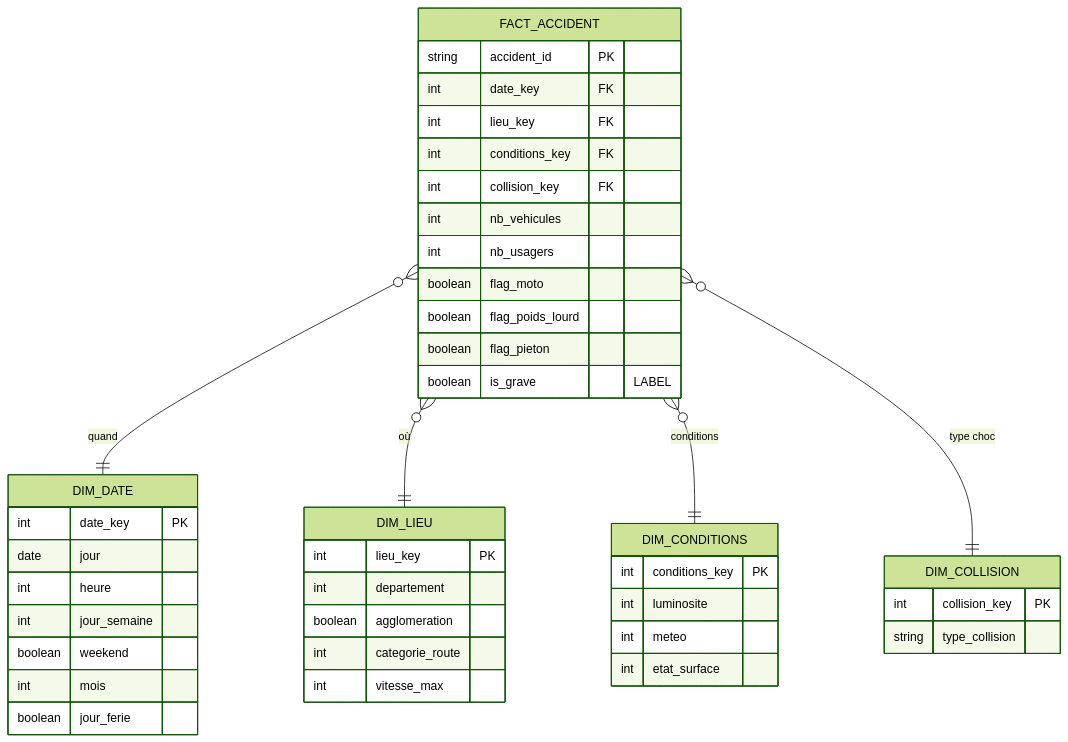
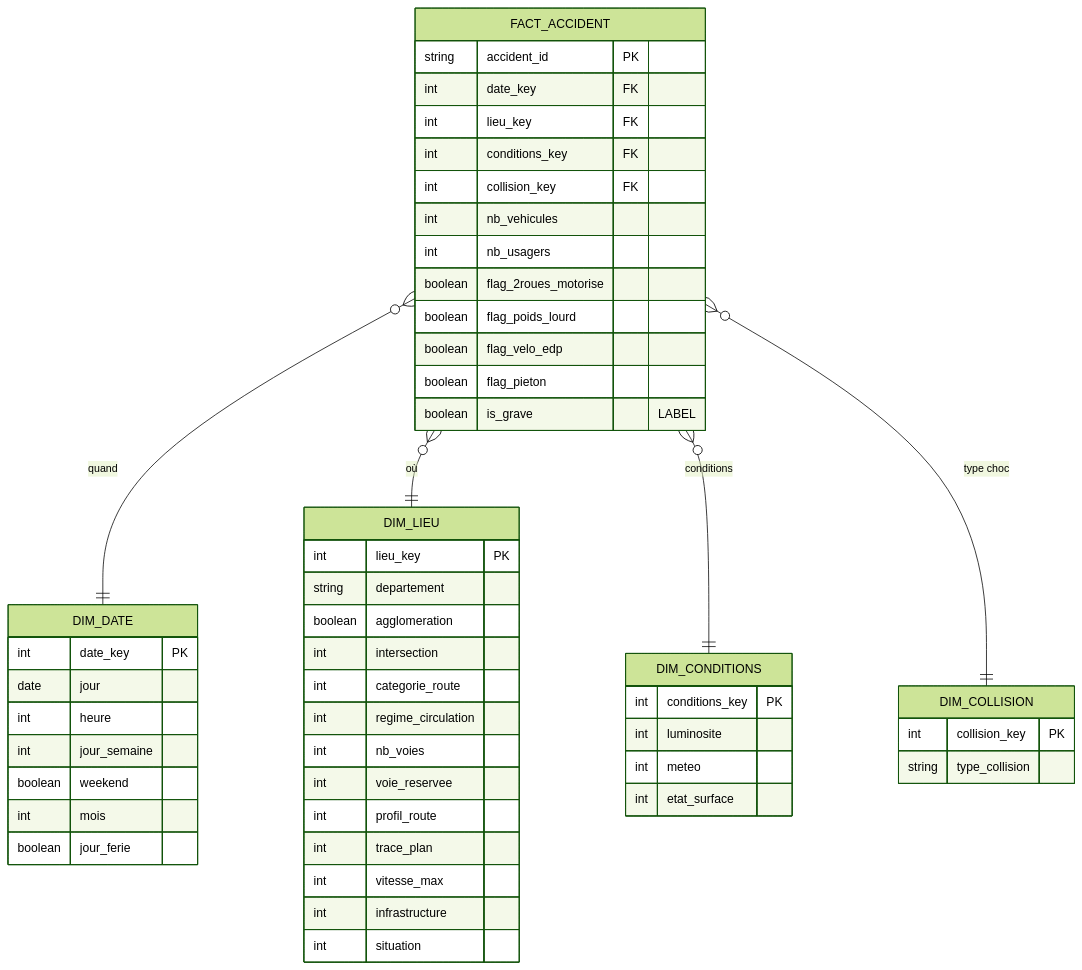
One commit to VigiRoute/gravia changed the third of 4 diagrams in docs/Architecture_GRAVIA.md. Above: the diagram before and after it, drawn with Mermaid (forest theme). The commit also changed other lines of this file and 5 other files, not shown here.

````diff
--- a/docs/Architecture_GRAVIA.md
+++ b/docs/Architecture_GRAVIA.md
@@ -193,47 +193,56 @@
 ```mermaid
 erDiagram
     FACT_ACCIDENT }o--|| DIM_DATE : "quand"
     FACT_ACCIDENT }o--|| DIM_LIEU : "où"
     FACT_ACCIDENT }o--|| DIM_CONDITIONS : "conditions"
     FACT_ACCIDENT }o--|| DIM_COLLISION : "type choc"
 
     FACT_ACCIDENT {
         string accident_id PK
         int date_key FK
         int lieu_key FK
         int conditions_key FK
         int collision_key FK
         int nb_vehicules
         int nb_usagers
-        boolean flag_moto
+        boolean flag_2roues_motorise
         boolean flag_poids_lourd
+        boolean flag_velo_edp
         boolean flag_pieton
         boolean is_grave "LABEL"
     }
     DIM_DATE {
         int date_key PK
         date jour
         int heure
         int jour_semaine
         boolean weekend
         int mois
         boolean jour_ferie
     }
     DIM_LIEU {
         int lieu_key PK
-        int departement
+        string departement
         boolean agglomeration
+        int intersection
         int categorie_route
+        int regime_circulation
+        int nb_voies
+        int voie_reservee
+        int profil_route
+        int trace_plan
         int vitesse_max
+        int infrastructure
+        int situation
     }
     DIM_CONDITIONS {
         int conditions_key PK
         int luminosite
         int meteo
         int etat_surface
     }
     DIM_COLLISION {
         int collision_key PK
         string type_collision
     }
 ```
````
